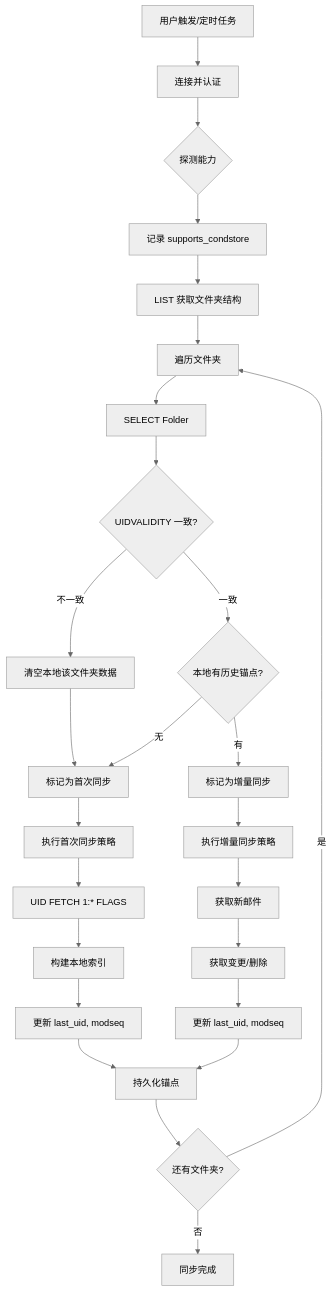
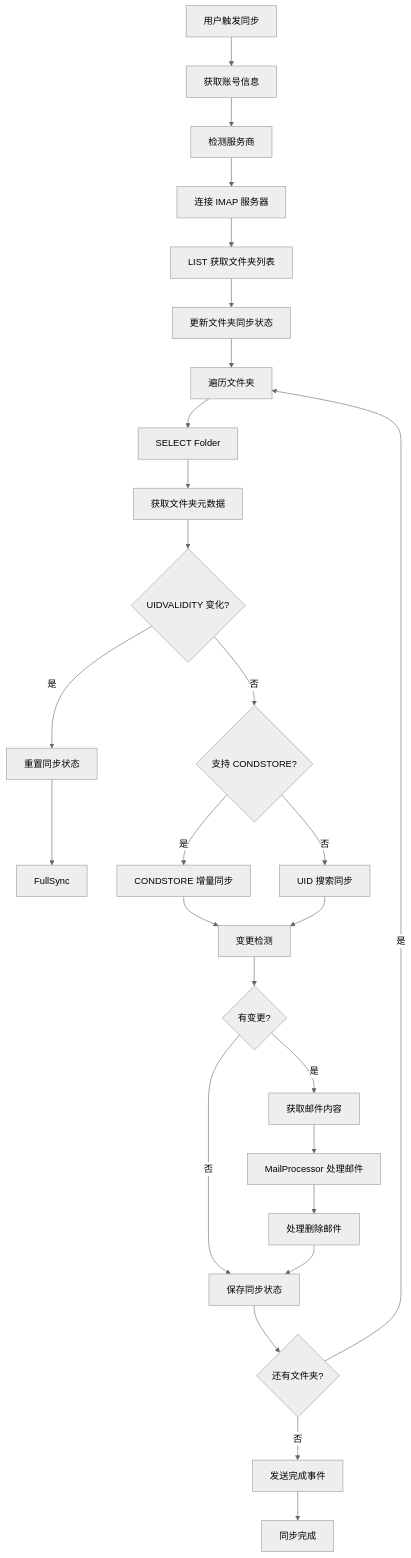
The diagram in docs/workflow/sync-workflow.md (spartajet/postium-mail), drawn with Mermaid (neutral theme) before and after one commit. The commit also changed other lines of this file and 7 other files, not shown here.

````diff
--- a/docs/workflow/sync-workflow.md
+++ b/docs/workflow/sync-workflow.md
@@ -34,41 +93,37 @@
 ```mermaid
 graph TD
-    Start[用户触发/定时任务] --> Connect[连接并认证]
-    Connect --> Capa{探测能力}
-    Capa --> RecordCapa[记录 supports_condstore]
-    
-    RecordCapa --> ListFolders[LIST 获取文件夹结构]
-    ListFolders --> LoopFolders[遍历文件夹]
-    
-    LoopFolders --> SelectBox[SELECT Folder]
-    SelectBox --> CheckValid{UIDVALIDITY 一致?}
-    
-    %% 灾难恢复分支
-    CheckValid -- "不一致" --> ResetLocal[清空本地该文件夹数据]
-    ResetLocal --> SetFirstSync[标记为首次同步]
-    
-    %% 正常分支
-    CheckValid -- "一致" --> CheckHistory{本地有历史锚点?}
-    CheckHistory -- "无" --> SetFirstSync
-    CheckHistory -- "有" --> SetDelta[标记为增量同步]
-    
-    %% 同步执行
-    SetFirstSync --> ExecFirst[执行首次同步策略]
-    SetDelta --> ExecDelta[执行增量同步策略]
-    
-    %% 策略详情
-    ExecFirst --> Step1[UID FETCH 1:* FLAGS]
-    Step1 --> Step2[构建本地索引]
-    Step2 --> Step3[更新 last_uid, modseq]
-    
-    ExecDelta --> StepA[获取新邮件]
-    StepA --> StepB[获取变更/删除]
-    StepB --> StepC[更新 last_uid, modseq]
-    
-    %% 结束
-    Step3 --> SaveState[持久化锚点]
-    StepC --> SaveState
-    SaveState --> EndLoop{还有文件夹?}
-    EndLoop -- 是 --> LoopFolders
-    EndLoop -- 否 --> Finish[同步完成]
+    Start[用户触发同步] --> GetAccount[获取账号信息]
+    GetAccount --> DetectProvider[检测服务商]
+    DetectProvider --> ConnectIMAP[连接 IMAP 服务器]
+
+    ConnectIMAP --> ListFolders[LIST 获取文件夹列表]
+    ListFolders --> UpdateFolderStates[更新文件夹同步状态]
+    UpdateFolderStates --> LoopFolders[遍历文件夹]
+
+    LoopFolders --> SelectFolder[SELECT Folder]
+    SelectFolder --> FetchMeta[获取文件夹元数据]
+
+    FetchMeta --> CheckUIDValidity{UIDVALIDITY 变化?}
+    CheckUIDValidity -- 是 --> ResetState[重置同步状态]
+    ResetState --> FullSync
+    CheckUIDValidity -- 否 --> CheckCONDSTORE{支持 CONDSTORE?}
+
+    CheckCONDSTORE -- 是 --> CondstoreSync[CONDSTORE 增量同步]
+    CheckCONDSTORE -- 否 --> UIDSearchSync[UID 搜索同步]
+
+    CondstoreSync --> DetectChanges[变更检测]
+    UIDSearchSync --> DetectChanges
+
+    DetectChanges --> HasChanges{有变更?}
+    HasChanges -- 否 --> SaveState[保存同步状态]
+    HasChanges -- 是 --> FetchEmails[获取邮件内容]
+
+    FetchEmails --> ProcessEmails[MailProcessor 处理邮件]
+    ProcessEmails --> HandleDeletions[处理删除邮件]
+    HandleDeletions --> SaveState
+
+    SaveState --> MoreFolders{还有文件夹?}
+    MoreFolders -- 是 --> LoopFolders
+    MoreFolders -- 否 --> EmitComplete[发送完成事件]
+    EmitComplete --> Finish[同步完成]
 ```
````
